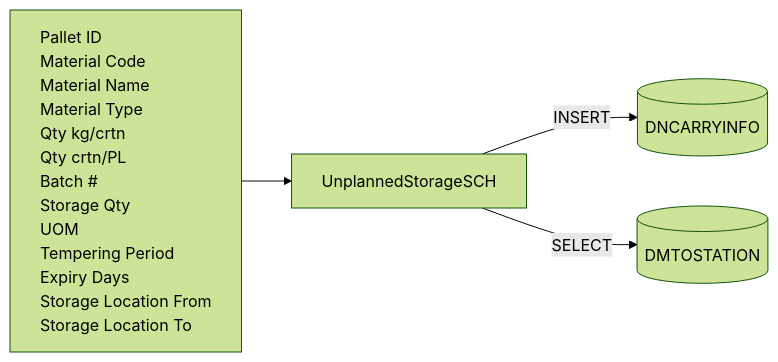
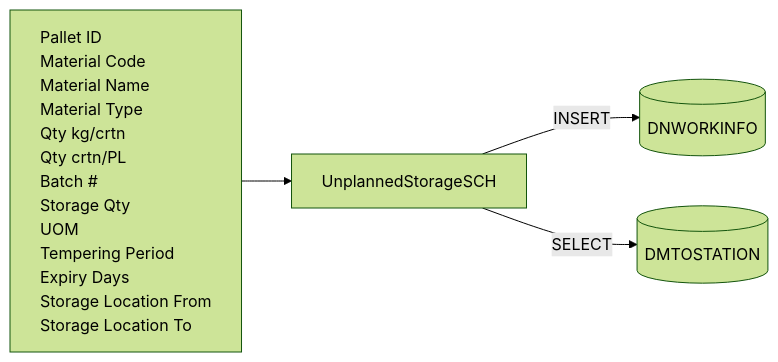
One commit to luthfiadityaa/SimeDarby-Wiki changed the first of 20 diagrams in Basic-Design/DFD-WMS/Storage/Unplanned-Storage/Unplanned-Storage-from-HP.md. Above: the diagram before and after it, drawn with Mermaid (forest theme).

Commit message:
Updated Unplanned Storage from HP

```diff
--- a/Basic-Design/DFD-WMS/Storage/Unplanned-Storage/Unplanned-Storage-from-HP.md
+++ b/Basic-Design/DFD-WMS/Storage/Unplanned-Storage/Unplanned-Storage-from-HP.md
@@ -50,35 +50,35 @@
 ::: mermaid
 flowchart LR
     input[
         Pallet ID
         Material Code
         Material Name
         Material Type
         Qty kg/crtn
         Qty crtn/PL
         Batch #
         Storage Qty
         UOM
         Tempering Period
         Expiry Days
         Storage Location From
         Storage Location To        
     ]
 
     tableList-insert[("
-        DNCARRYINFO
+        DNWORKINFO
     ")]
 
     tableList-select[("
         DMTOSTATION
     ")]
 
 
     className[UnplannedStorageSCH]
 
     input --> className --> |INSERT| tableList-insert
     className --> |SELECT| tableList-select
 
     classDef leftAlign text-align:left;
     class input leftAlign;
 :::
```
